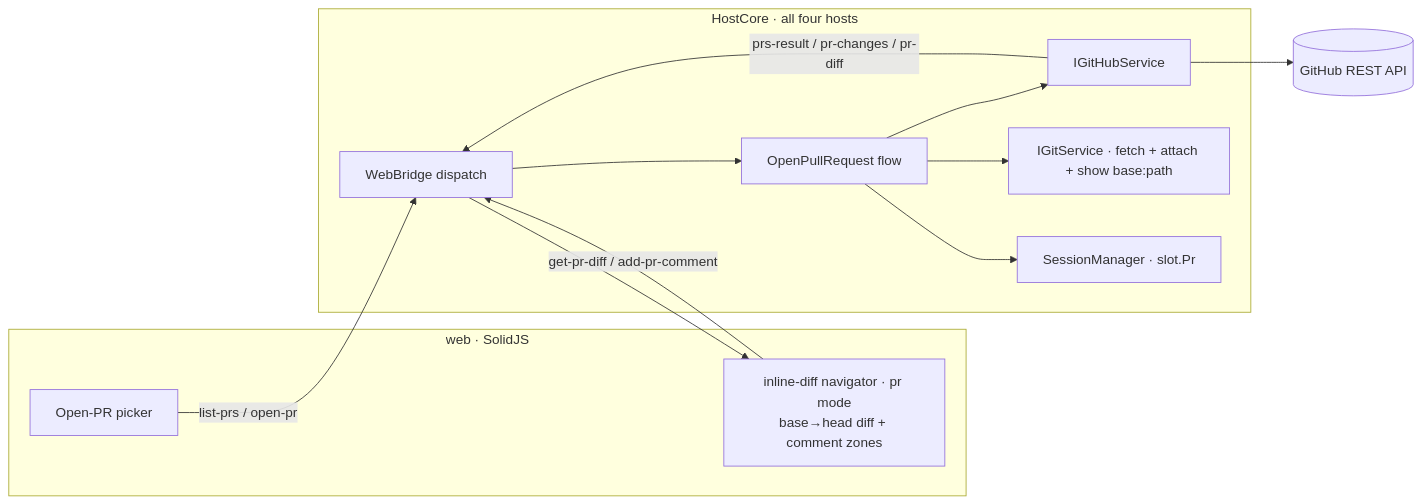
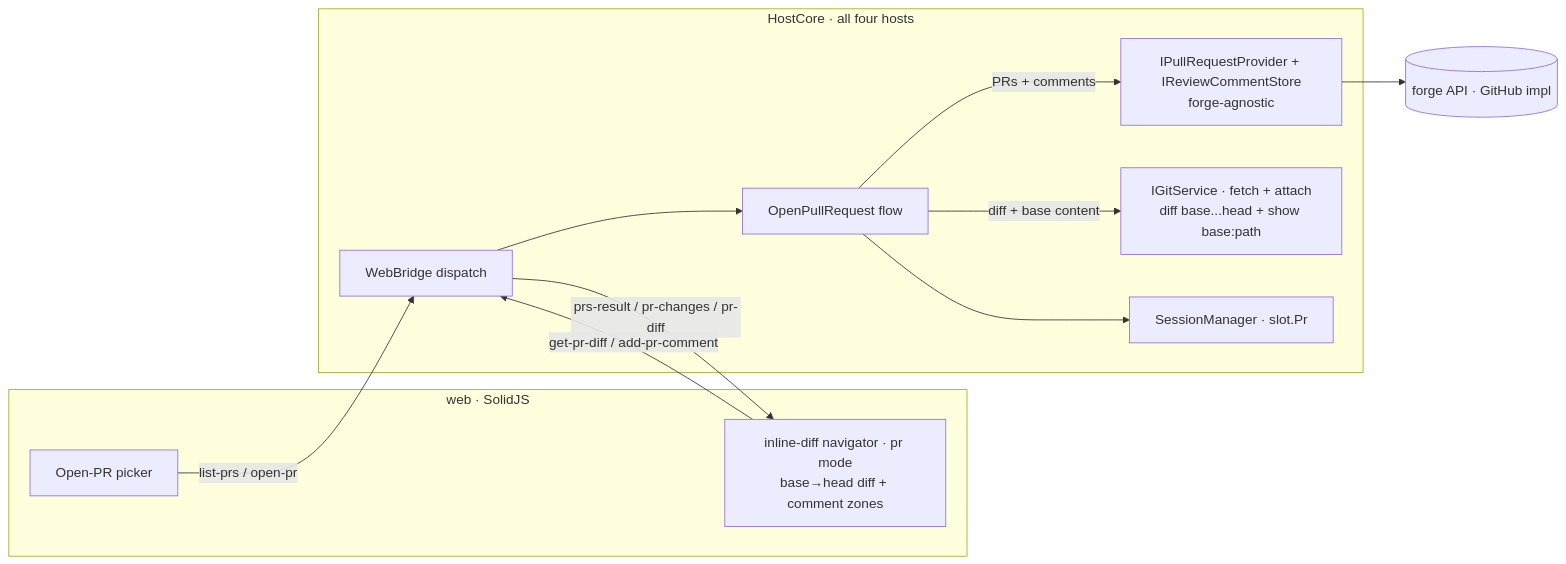
Before and after one commit to Kapps/weavie: the first of 3 diagrams in docs/specs/open-pr.md, drawn with Mermaid. The commit also changed other lines of this file, not shown here.

First line of the commit message:
docs: split seams — git owns the diff, a forge-agnostic provider owns PRs/comments

````diff
--- a/docs/specs/open-pr.md
+++ b/docs/specs/open-pr.md
@@ -38,21 +38,22 @@
 ```mermaid
 flowchart LR
   subgraph Web[web · SolidJS]
     Picker[Open-PR picker]
     Editor[inline-diff navigator · pr mode<br/>base→head diff + comment zones]
   end
   subgraph Host[HostCore · all four hosts]
     Bridge[WebBridge dispatch]
     Flow[OpenPullRequest flow]
-    GH[IGitHubService]
-    Git[IGitService · fetch + attach + show base:path]
+    Prov[IPullRequestProvider + IReviewCommentStore<br/>forge-agnostic]
+    Git[IGitService · fetch + attach<br/>diff base...head + show base:path]
     Sess[SessionManager · slot.Pr]
   end
-  GitHub[(GitHub REST API)]
+  Forge[(forge API · GitHub impl)]
   Picker -->|list-prs / open-pr| Bridge
   Editor -->|get-pr-diff / add-pr-comment| Bridge
-  Bridge --> Flow --> GH --> GitHub
-  Flow --> Git
+  Bridge --> Flow
+  Flow -->|PRs + comments| Prov --> Forge
+  Flow -->|diff + base content| Git
   Flow --> Sess
-  GH -->|prs-result / pr-changes / pr-diff| Bridge --> Editor
+  Bridge -->|prs-result / pr-changes / pr-diff| Editor
 ```
````
